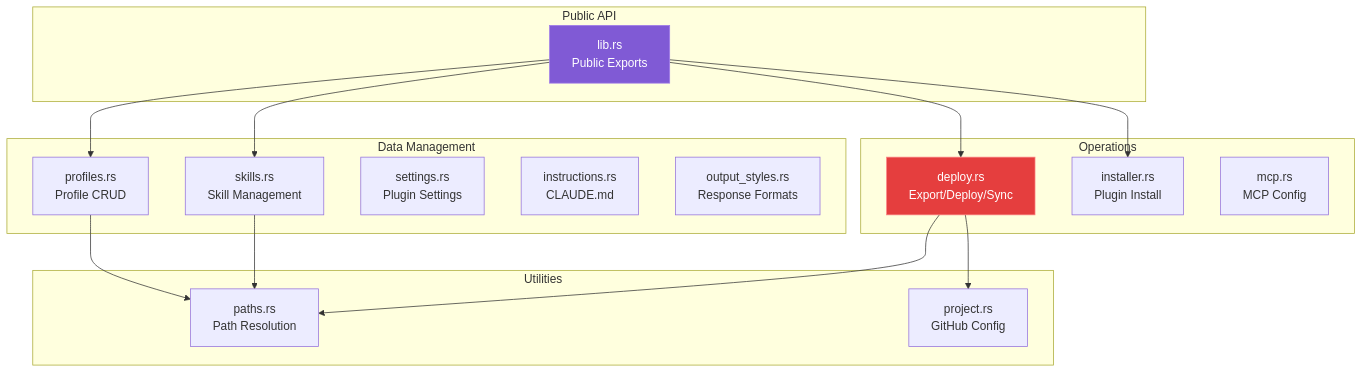
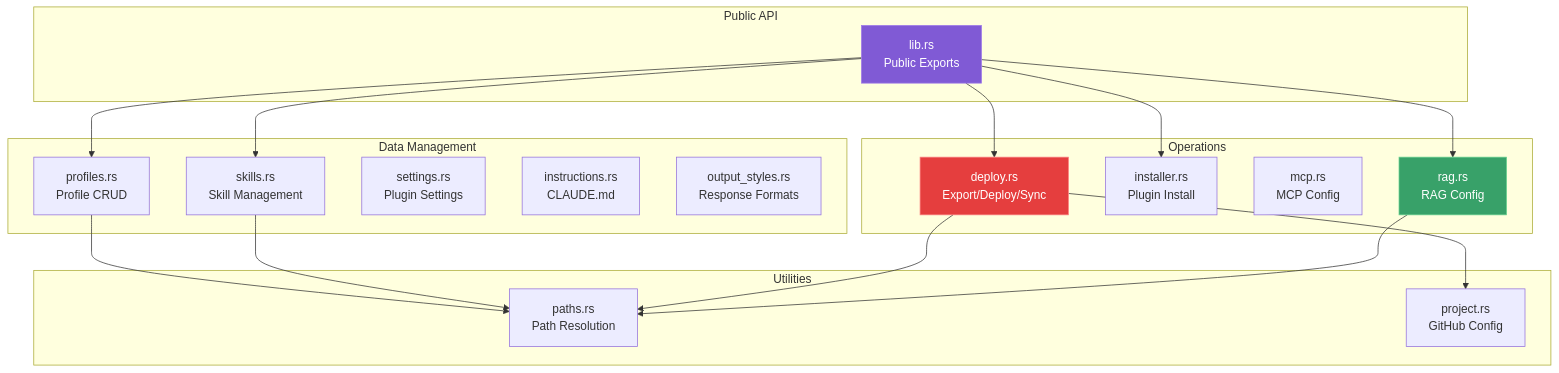
One commit to javiermontescarrera/rhinolabs-ai changed the second of 15 diagrams in core/README.md. Above: the diagram before and after it, drawn with Mermaid. The commit also changed other lines of this file and 15 other files, not shown here.

````diff
--- a/core/README.md
+++ b/core/README.md
@@ -50,37 +54,41 @@
 ```mermaid
 graph TB
     subgraph "Public API"
         LIB[lib.rs<br/>Public Exports]
     end
 
     subgraph "Data Management"
         PROFILES[profiles.rs<br/>Profile CRUD]
         SKILLS[skills.rs<br/>Skill Management]
         SETTINGS[settings.rs<br/>Plugin Settings]
         INSTRUCTIONS[instructions.rs<br/>CLAUDE.md]
         OUTPUT[output_styles.rs<br/>Response Formats]
     end
 
     subgraph "Operations"
         DEPLOY[deploy.rs<br/>Export/Deploy/Sync]
         INSTALLER[installer.rs<br/>Plugin Install]
         MCP[mcp.rs<br/>MCP Config]
+        RAG[rag.rs<br/>RAG Config]
     end
 
     subgraph "Utilities"
         PATHS[paths.rs<br/>Path Resolution]
         PROJECT[project.rs<br/>GitHub Config]
     end
 
     LIB --> PROFILES
     LIB --> SKILLS
     LIB --> DEPLOY
     LIB --> INSTALLER
+    LIB --> RAG
     PROFILES --> PATHS
     SKILLS --> PATHS
     DEPLOY --> PROJECT
     DEPLOY --> PATHS
+    RAG --> PATHS
 
     style LIB fill:#805ad5,stroke:#9f7aea,color:#fff
     style DEPLOY fill:#e53e3e,stroke:#fc8181,color:#fff
+    style RAG fill:#38a169,stroke:#68d391,color:#fff
 ```
````
